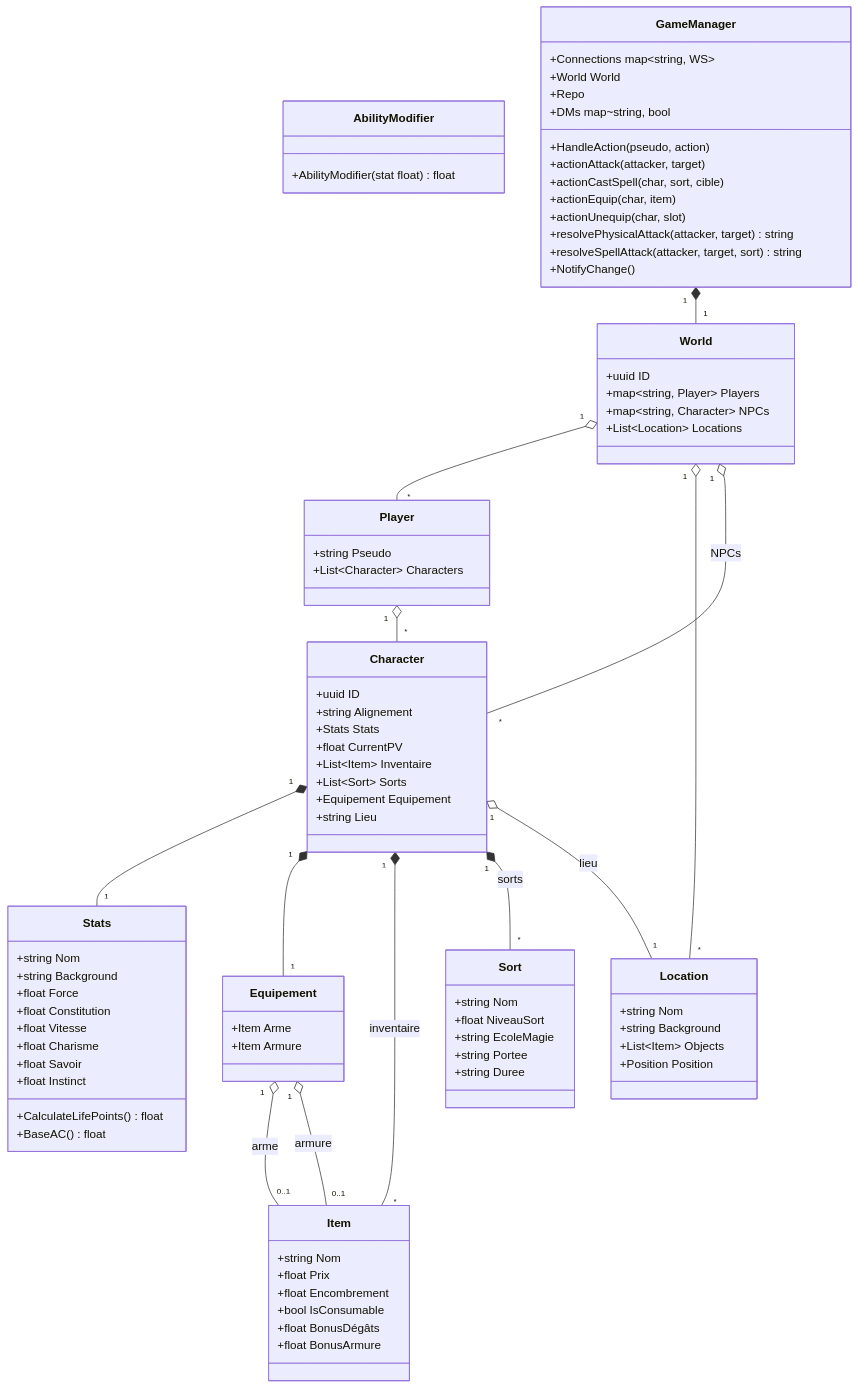
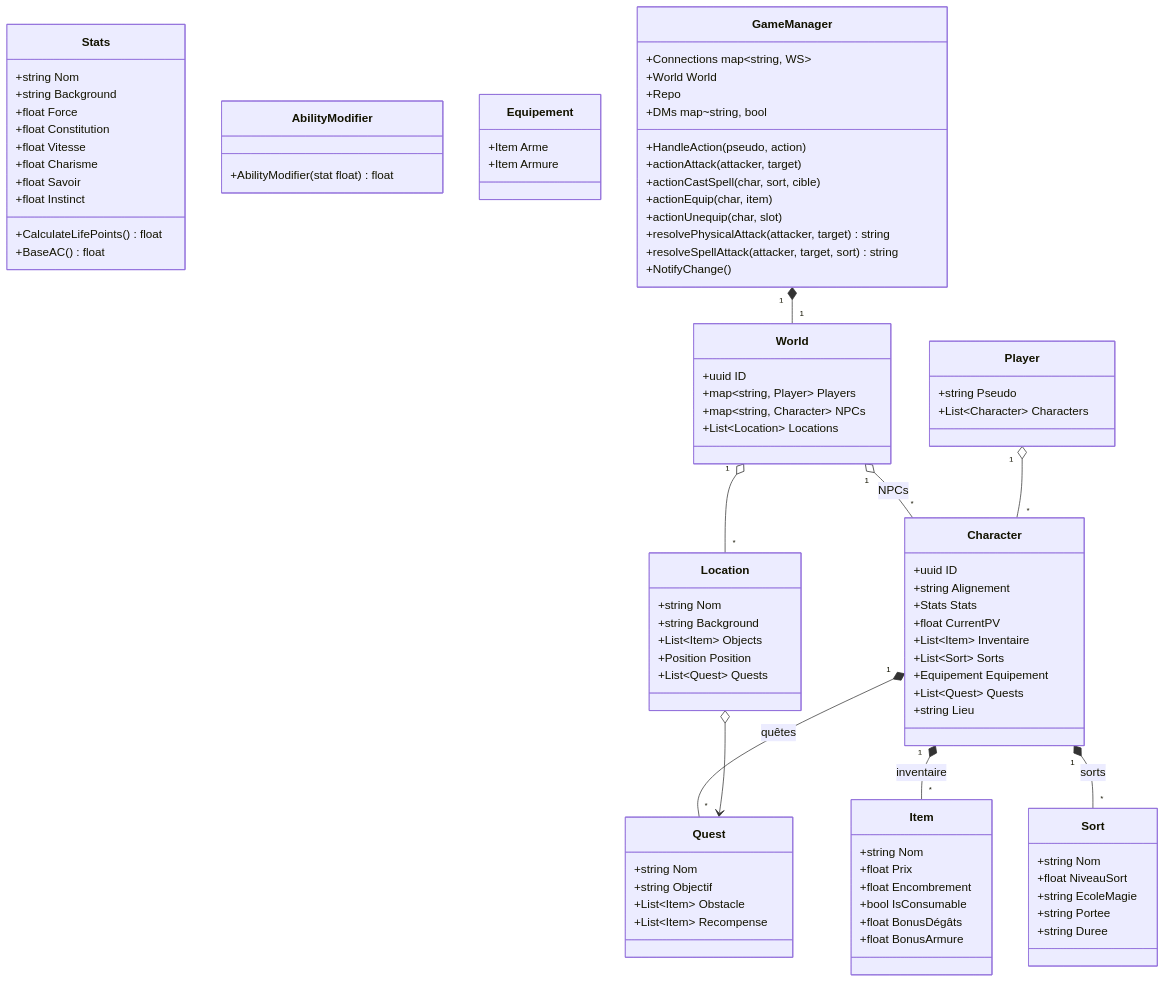
Before and after one commit to fanama/dnd: the second of 2 diagrams in README.md, drawn with Mermaid. The commit also changed other lines of this file and 17 other files, not shown here.

````diff
--- a/README.md
+++ b/README.md
@@ -226,6 +240,7 @@
         +List~Item~ Inventaire
         +List~Sort~ Sorts
         +Equipement Equipement
+        +List~Quest~ Quests
         +string Lieu
     }
     class Stats {
@@ -267,7 +282,19 @@
         +string Background
         +List~Item~ Objects
         +Position Position
+        +List~Quest~ Quests
     }
+
+
+
+
+class Quest {
+        +string Nom
+        +string Objectif
+        +List~Item~ Obstacle
+        +List~Item~ Recompense
+    }
+    
     class GameManager {
         +Connections map~string, WS~
         +World World
@@ -282,16 +309,12 @@
         +resolveSpellAttack(attacker, target, sort) string
         +NotifyChange()
     }
-    World "1" o-- "*" Player
     World "1" o-- "*" Location
     World "1" o-- "*" Character : NPCs
     Player "1" o-- "*" Character
-    Character "1" *-- "1" Stats
-    Character "1" *-- "1" Equipement
     Character "1" *-- "*" Item : inventaire
     Character "1" *-- "*" Sort : sorts
-    Character "1" o-- "1" Location : lieu
-    Equipement "1" o-- "0..1" Item : arme
-    Equipement "1" o-- "0..1" Item : armure
+    Character "1" *-- "*" Quest : quêtes
     GameManager "1" *-- "1" World
+    Location o--> Quest
 ```
````
